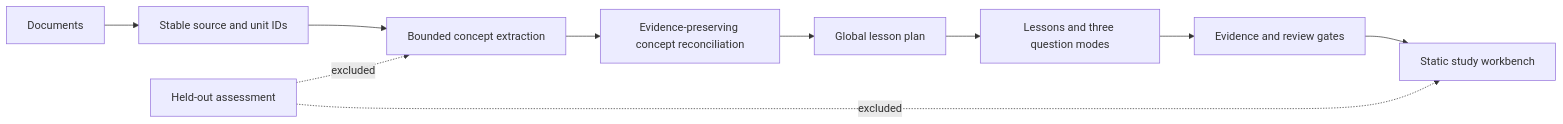
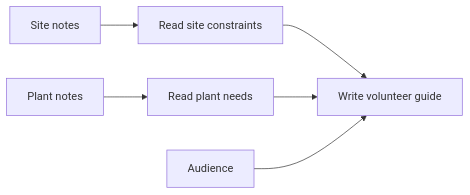
The diagram in README.md (FadiBahodi/lamina), drawn with Mermaid before and after one commit. The commit also changed other lines of this file and 24 other files, not shown here.

````diff
--- a/README.md
+++ b/README.md
@@ -91,12 +51,8 @@
 ```mermaid
 flowchart LR
-  A[Documents] --> B[Stable source and unit IDs]
-  B --> C[Bounded concept extraction]
-  C --> R[Evidence-preserving concept reconciliation]
-  R --> D[Global lesson plan]
-  D --> E[Lessons and three question modes]
-  E --> F[Evidence and review gates]
-  F --> G[Static study workbench]
-  H[Held-out assessment] -. excluded .-> C
-  H -. excluded .-> G
+  A[Site notes] --> B[Read site constraints]
+  C[Plant notes] --> D[Read plant needs]
+  B --> E[Write volunteer guide]
+  D --> E
+  F[Audience] --> E
 ```
````
